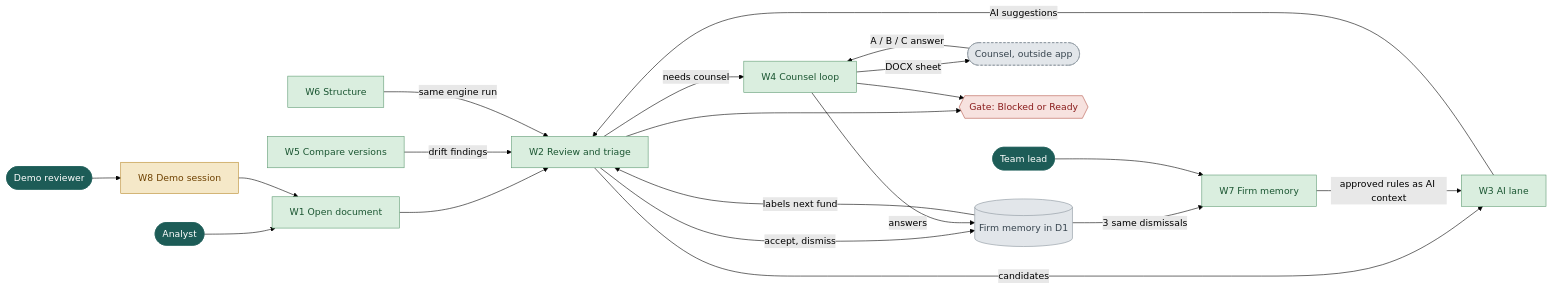
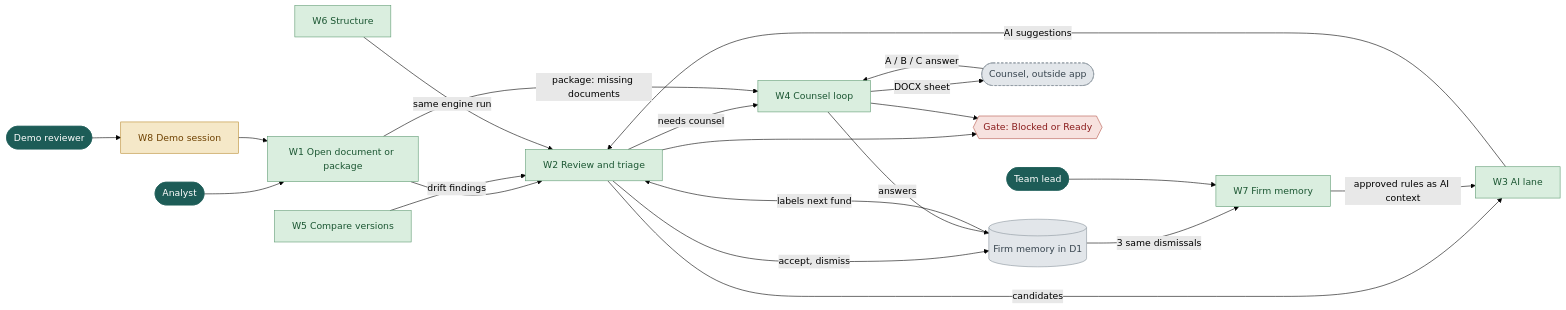
The first of 9 diagrams in docs/architecture/workflows.md (itsjiathao0912/preflight-legal-reviewer-anduin-transaction), drawn with Mermaid (forest theme) before and after one commit. The commit also changed other lines of this file and 12 other files, not shown here.

Commit message:
docs: Fund Package Intake live (3d2c7301) — README, architecture, walkthrough, samples

````diff
--- a/docs/architecture/workflows.md
+++ b/docs/architecture/workflows.md
@@ -22,43 +22,44 @@
 ```mermaid
 flowchart LR
   A(["Analyst"]):::who
   L(["Team lead"]):::who
   R(["Demo reviewer"]):::who
   C(["Counsel, outside app"]):::ext
 
-  W1["W1 Open document"]:::b
+  W1["W1 Open document or package"]:::b
   W2["W2 Review and triage"]:::b
   W3["W3 AI lane"]:::b
   W4["W4 Counsel loop"]:::b
   W5["W5 Compare versions"]:::b
   W6["W6 Structure"]:::b
   W7["W7 Firm memory"]:::b
   W8["W8 Demo session"]:::p
   G{{"Gate: Blocked or Ready"}}:::gate
   M[("Firm memory in D1")]:::store
 
   A --> W1 --> W2
   R --> W8 --> W1
   W2 -- "candidates" --> W3
   W3 -- "AI suggestions" --> W2
   W2 -- "needs counsel" --> W4
   W5 -- "drift findings" --> W2
   W6 -- "same engine run" --> W2
+  W1 -- "package: missing documents" --> W4
   W4 -- "DOCX sheet" --> C
   C -- "A / B / C answer" --> W4
   W2 -- "accept, dismiss" --> M
   W4 -- "answers" --> M
   M -- "labels next fund" --> W2
   M -- "3 same dismissals" --> W7
   L --> W7
   W7 -- "approved rules as AI context" --> W3
   W2 --> G
   W4 --> G
 
   classDef who fill:#1D5C57,stroke:#1D5C57,color:#ffffff
   classDef ext fill:#E2E6EA,stroke:#8A949C,color:#38454F,stroke-dasharray:4 3
   classDef b fill:#DAEEDF,stroke:#5E9A72,color:#1B5632
   classDef p fill:#F5E8C8,stroke:#B98A2E,color:#6E4100
   classDef gate fill:#F7E2DF,stroke:#B5554A,color:#8A1C1C
   classDef store fill:#E2E6EA,stroke:#8A949C,color:#38454F
 ```
````
